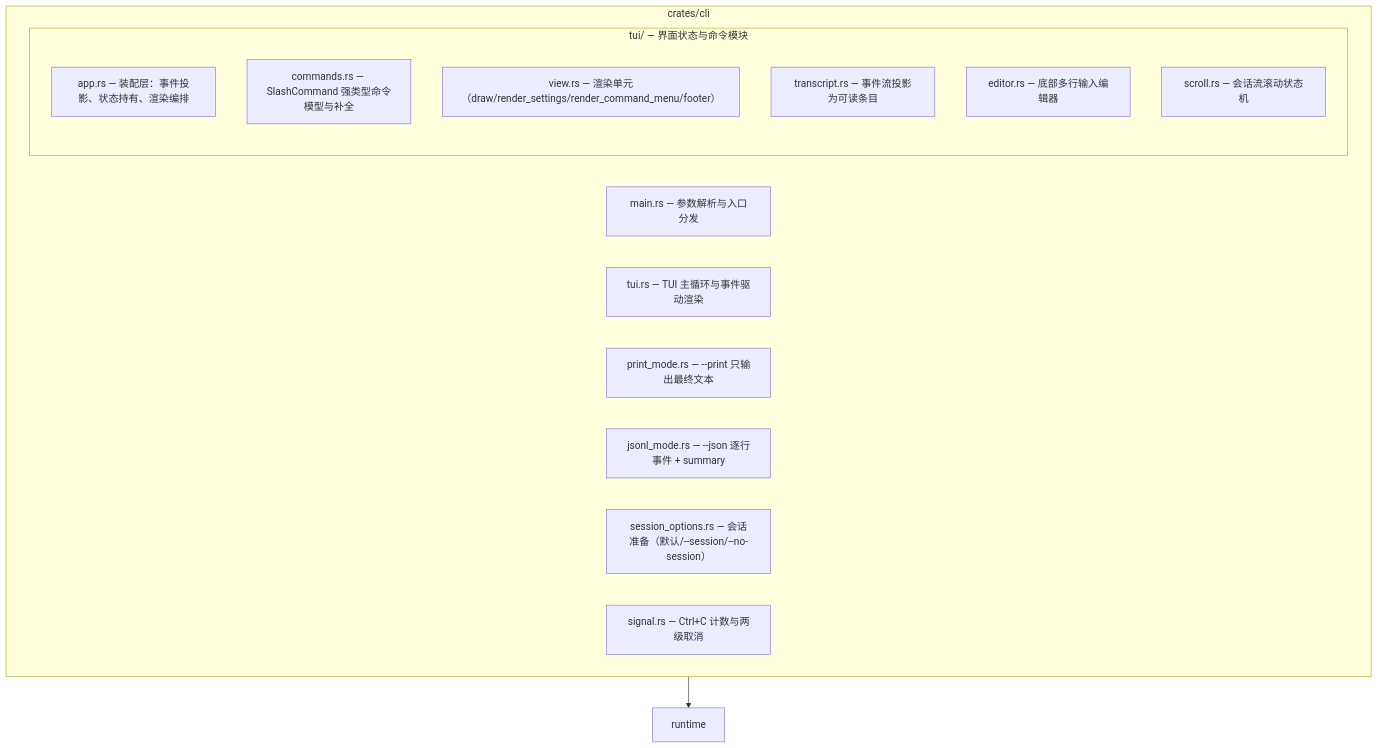
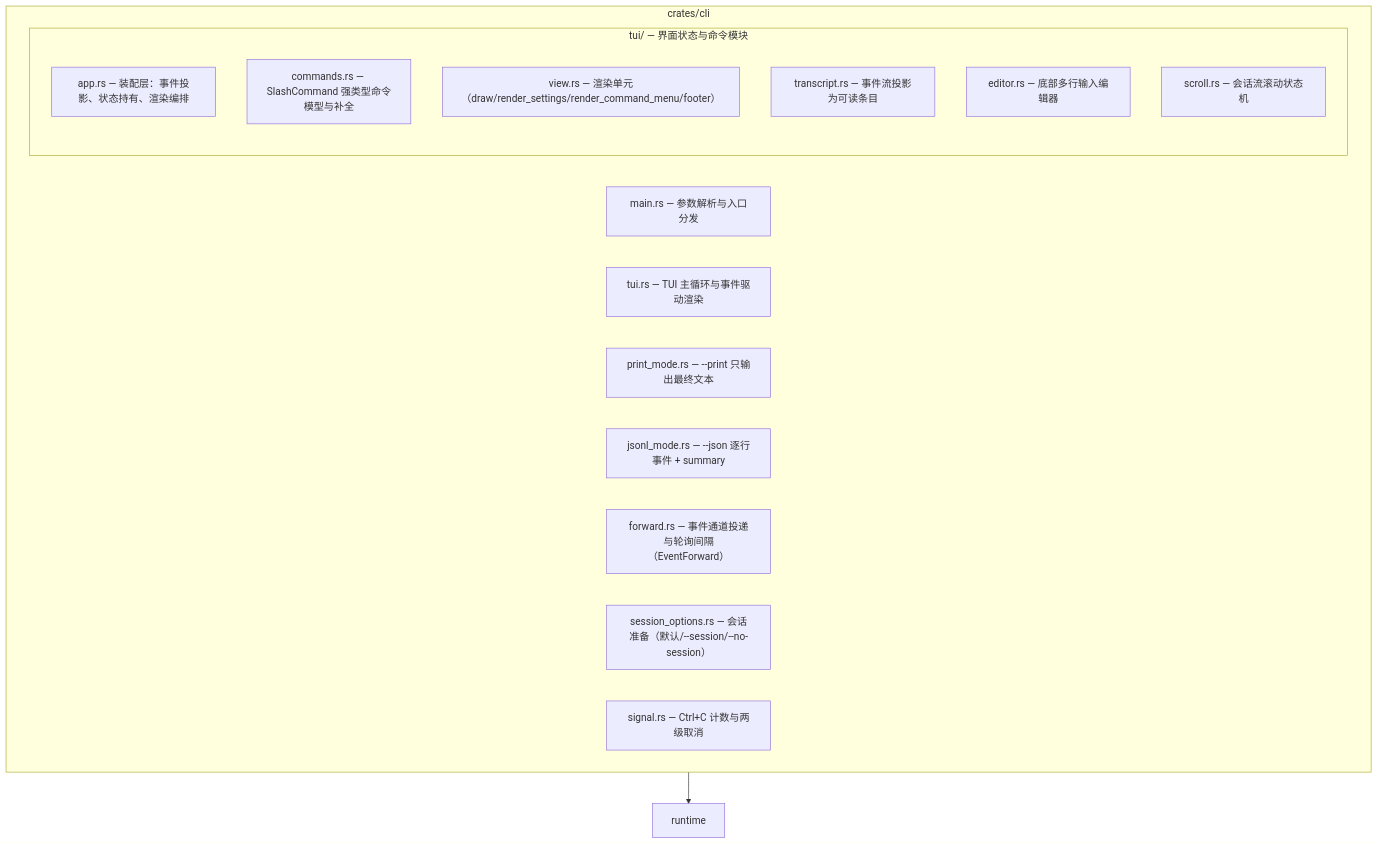
Before and after one commit to qjcnmd/singularity-agent: the eighth of 10 diagrams in docs/repository-map.md, drawn with Mermaid. The commit also changed other lines of this file and 1 other file, not shown here.

Commit message:
docs: 更新仓库地图与可靠性裁决记录（对齐 ThreadCatalog、protocol 与双协议分派）

````diff
--- a/docs/repository-map.md
+++ b/docs/repository-map.md
@@ -189,20 +198,21 @@
 ```mermaid
 flowchart TD
     subgraph cli["crates/cli"]
         main["main.rs — 参数解析与入口分发"]
         tui_["tui.rs — TUI 主循环与事件驱动渲染"]
         print_mode["print_mode.rs — --print 只输出最终文本"]
         jsonl_mode["jsonl_mode.rs — --json 逐行事件 + summary"]
+        forward["forward.rs — 事件通道投递与轮询间隔（EventForward）"]
         session_options["session_options.rs — 会话准备（默认/--session/--no-session）"]
         signal["signal.rs — Ctrl+C 计数与两级取消"]
         subgraph tui["tui/ — 界面状态与命令模块"]
             app["app.rs — 装配层：事件投影、状态持有、渲染编排"]
             commands["commands.rs — SlashCommand 强类型命令模型与补全"]
             view["view.rs — 渲染单元（draw/render_settings/render_command_menu/footer）"]
             transcript["transcript.rs — 事件流投影为可读条目"]
             editor["editor.rs — 底部多行输入编辑器"]
             scroll["scroll.rs — 会话流滚动状态机"]
         end
     end
     cli --> runtime["runtime"]
 ```
````
